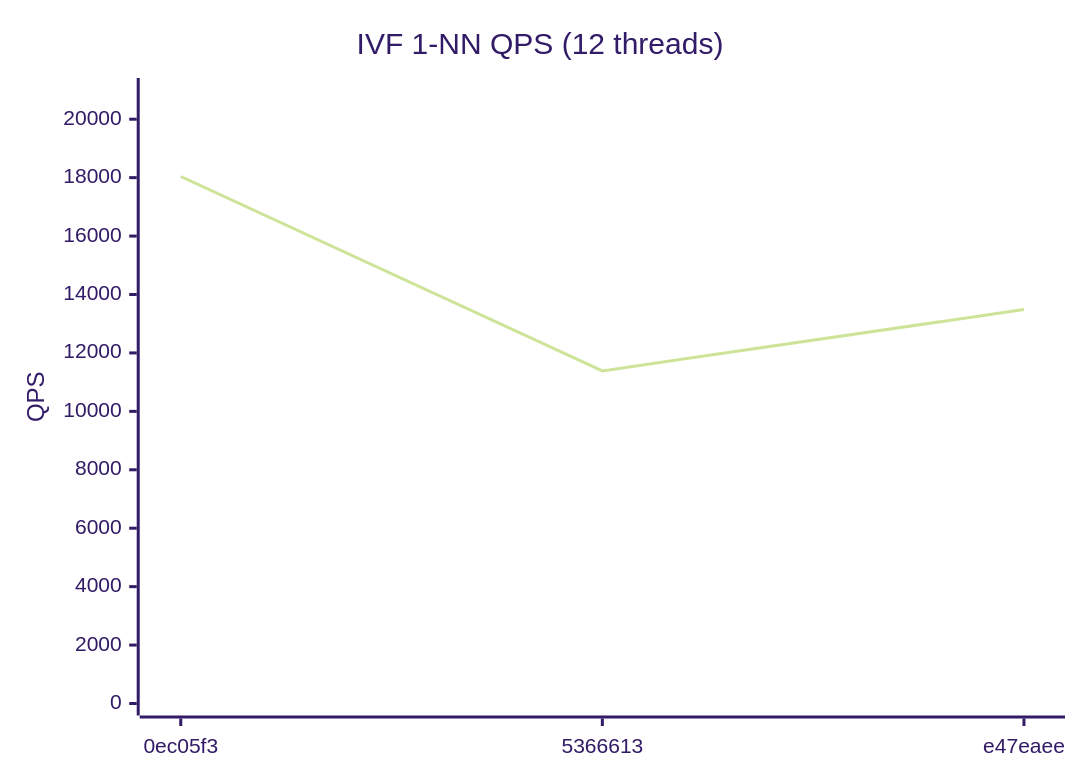
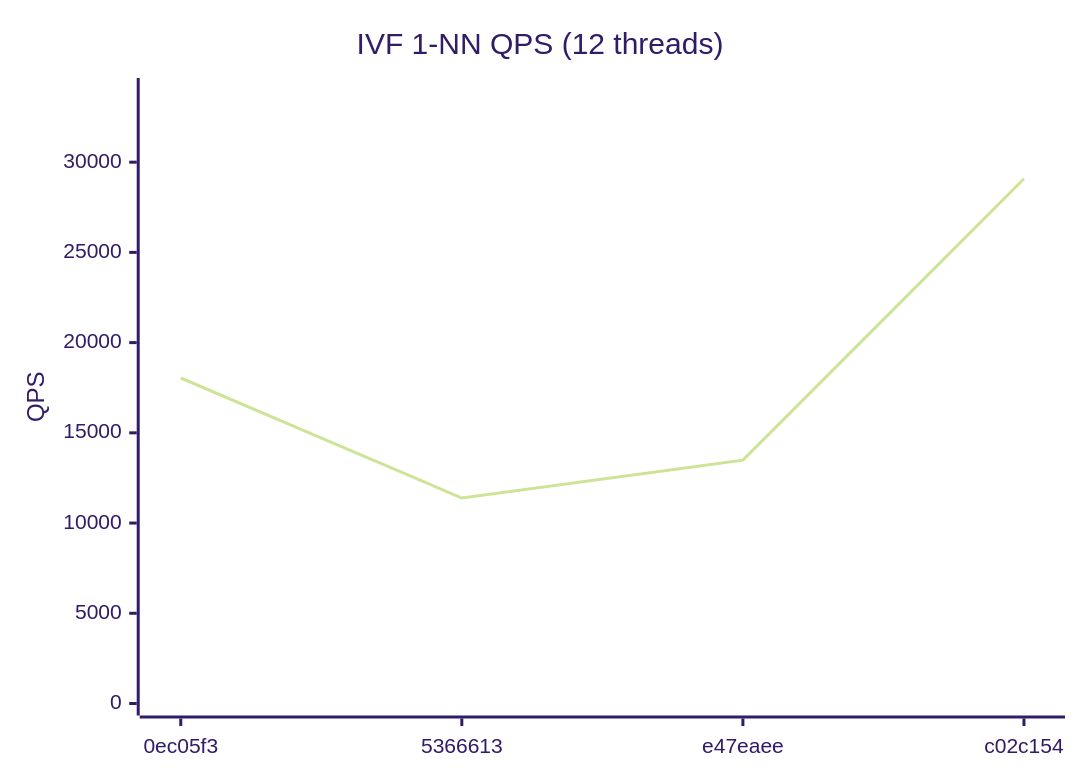
The fourth of 4 diagrams in benchmarks/REPORT.md (bibidhSubedi0/RedBoxDb), drawn with Mermaid (forest theme) before and after one commit. The commit also changed other lines of this file and 1 other file, not shown here.

````diff
--- a/benchmarks/REPORT.md
+++ b/benchmarks/REPORT.md
@@ -49,7 +49,7 @@
 ```mermaid
 xychart-beta
   title "IVF 1-NN QPS (12 threads)"
-  x-axis ["0ec05f3", "5366613", "e47eaee"]
-  y-axis "QPS" 0 --> 21000
-  line [18039, 11386, 13485]
+  x-axis ["0ec05f3", "5366613", "e47eaee", "c02c154"]
+  y-axis "QPS" 0 --> 34000
+  line [18039, 11386, 13485, 29081]
 ```
````
